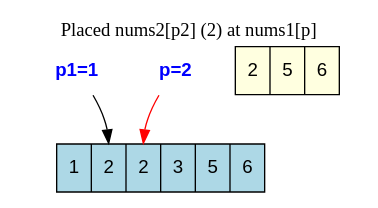
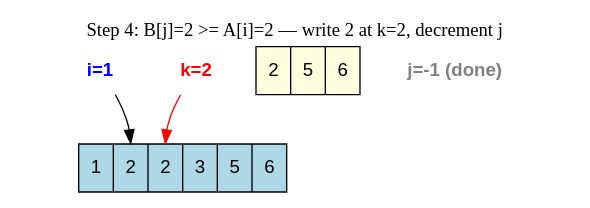
The diagram in 088-merge-sorted-array/dot/step4.dot (jensonp/leetcode), drawn with Graphviz before and after one commit. The commit also changed 23 other files, not shown here.

Commit message:
Full workflow-compliant 088 README: glossary, 3-claim proof, 30-sec interview proof, 11 diagrams, mapping table

```diff
--- a/088-merge-sorted-array/dot/step4.dot
+++ b/088-merge-sorted-array/dot/step4.dot
@@ -1,12 +1,10 @@
 digraph G {
-    rankdir=TB;
-    node [shape=record, fontname="Helvetica", style=filled, fillcolor=white];
+    rankdir=TB; node [shape=record, fontname="Helvetica", style=filled, fillcolor=white];
     nums1 [label="<f0> 1|<f1> 2|<f2> 2|<f3> 3|<f4> 5|<f5> 6", fillcolor=lightblue];
     nums2 [label="<f0> 2|<f1> 5|<f2> 6", fillcolor=lightyellow];
-    node [shape=plaintext, fillcolor=none, fontcolor=blue, fontname="Helvetica-Bold"];
-    p1 [label="p1=1"]; p1 -> nums1:f1;
-p [label="p=2"]; p -> nums1:f2 [color=red, fontcolor=red];
-    labelloc="t";
-    label="Placed nums2[p2] (2) at nums1[p]";
-    fontsize=14;
+    node [shape=plaintext, fillcolor=none, fontname="Helvetica-Bold"];
+    i [label="i=1", fontcolor=blue]; i -> nums1:f1;
+j [label="j=-1 (done)", fontcolor=gray];
+k [label="k=2", fontcolor=red]; k -> nums1:f2 [color=red];
+labelloc="t"; label="Step 4: B[j]=2 >= A[i]=2 — write 2 at k=2, decrement j"; fontsize=14;
 }
```
